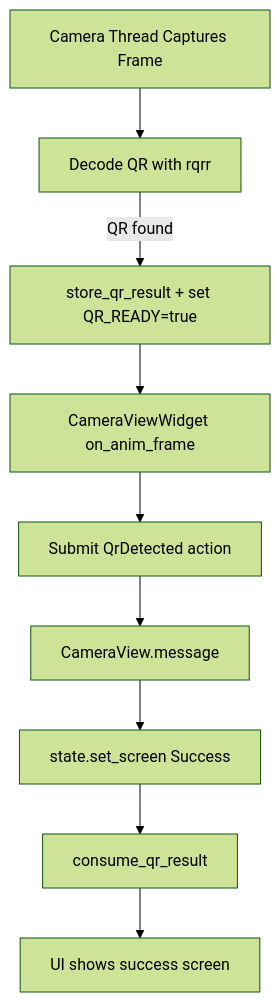
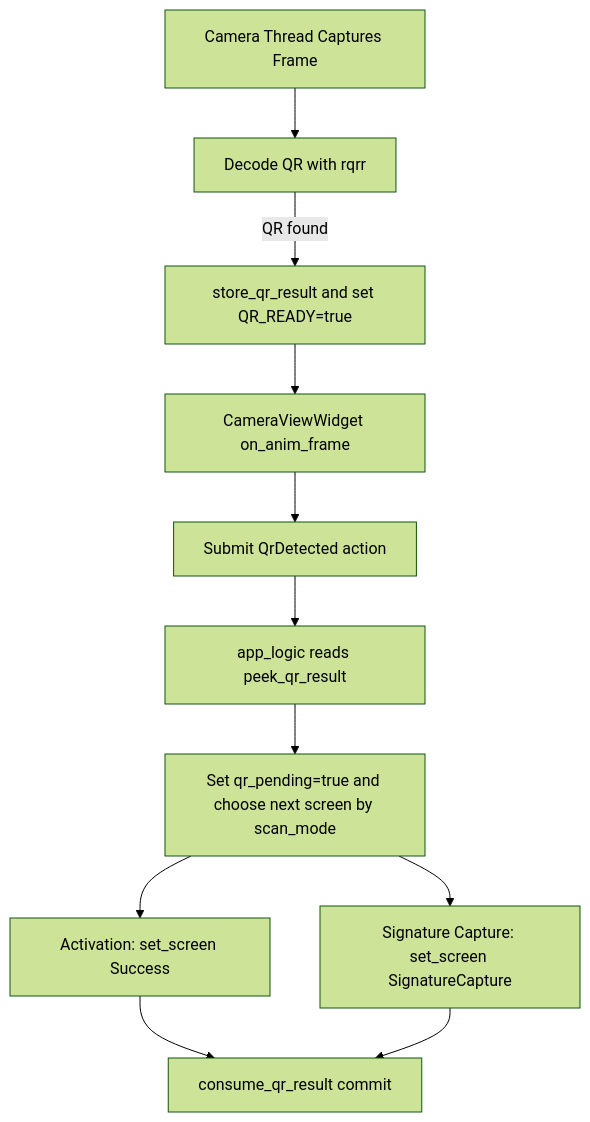
Before and after one commit to janvidarji-inventyv/scanner_signature_app: the fourth of 5 diagrams in PROJECT_ARCHITECTURE.md, drawn with Mermaid (forest theme). The commit also changed other lines of this file and 38 other files, not shown here.

````diff
--- a/PROJECT_ARCHITECTURE.md
+++ b/PROJECT_ARCHITECTURE.md
@@ -91,11 +181,13 @@
 ```mermaid
 flowchart TD
     A[Camera Thread Captures Frame] --> B[Decode QR with rqrr]
-    B -->|QR found| C[store_qr_result + set QR_READY=true]
+    B -->|QR found| C[store_qr_result and set QR_READY=true]
     C --> D[CameraViewWidget on_anim_frame]
     D --> E[Submit QrDetected action]
-    E --> F[CameraView.message]
-    F --> G[state.set_screen Success]
-    G --> H[consume_qr_result]
-    H --> I[UI shows success screen]
+    E --> F[app_logic reads peek_qr_result]
+    F --> G[Set qr_pending=true and choose next screen by scan_mode]
+    G --> H[Activation: set_screen Success]
+    G --> I[Signature Capture: set_screen SignatureCapture]
+    H --> J[consume_qr_result commit]
+    I --> J
 ```
````
